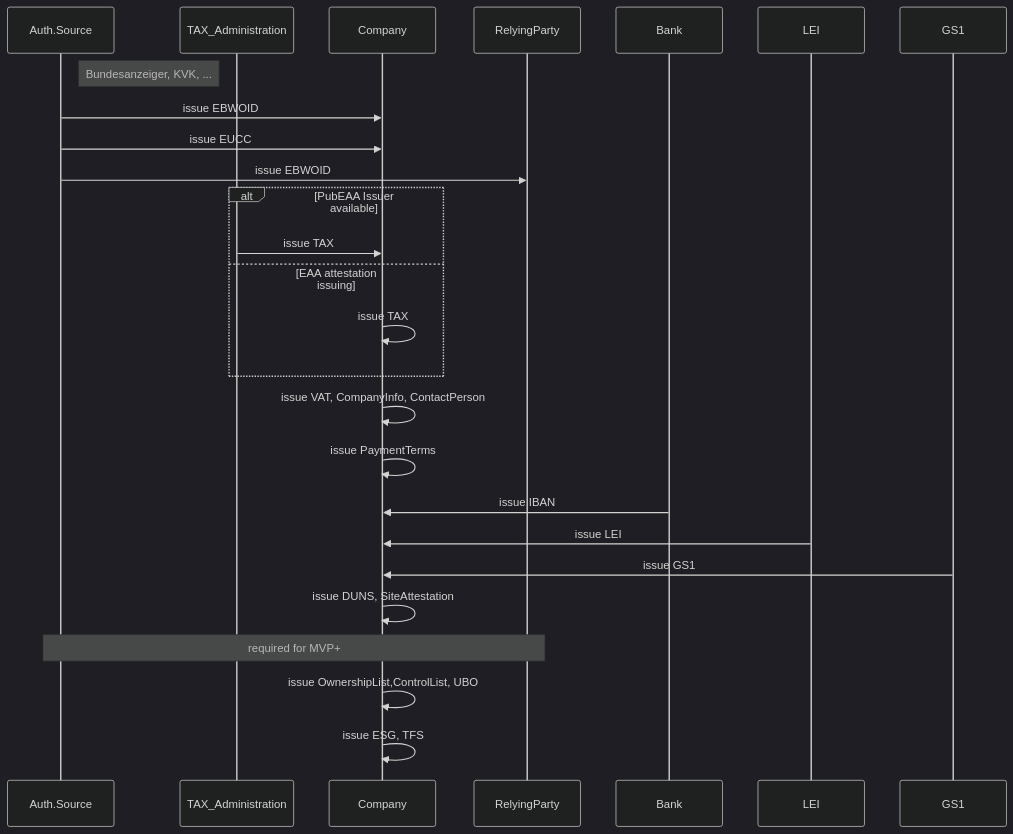
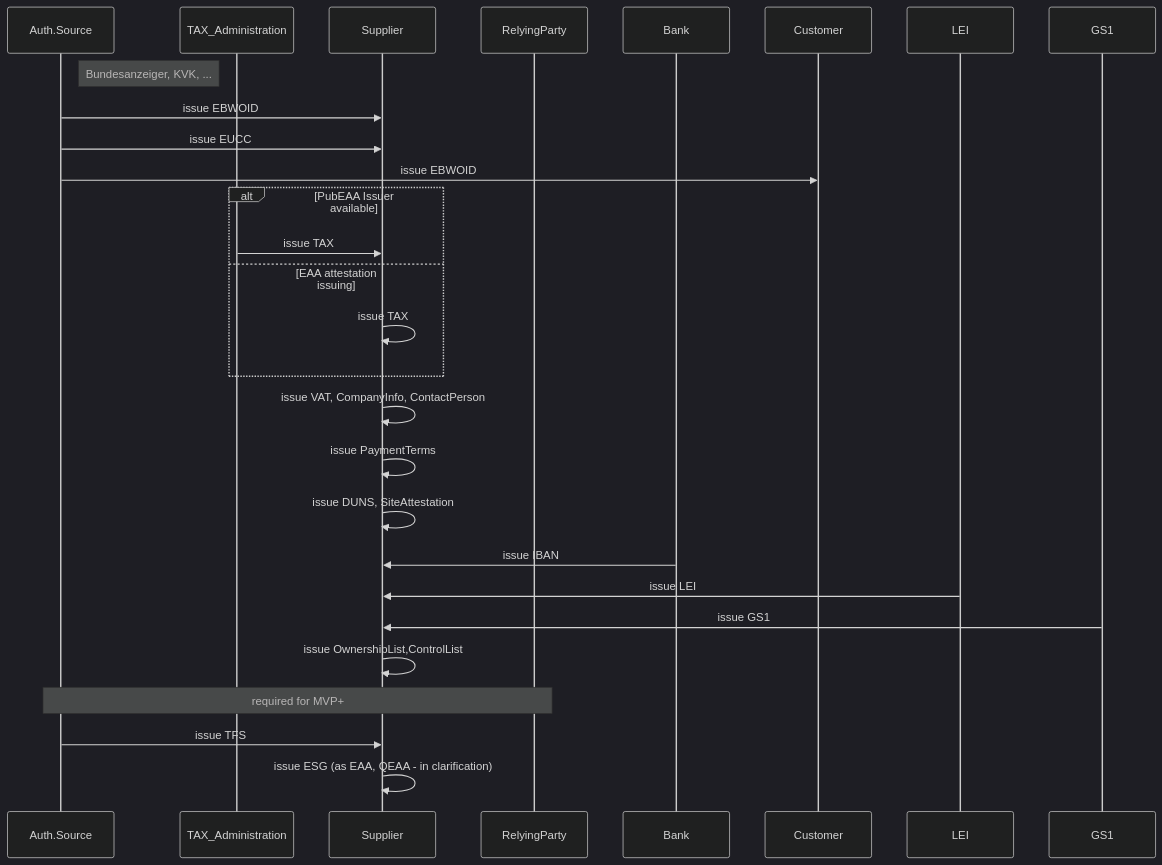
The first of 9 diagrams in BU1/BU1_KYS.md (DominicHurni/wp3-technology-standards), drawn with Mermaid (dark theme) before and after one commit. The commit also changed other lines of this file and 1 other file, not shown here.

````diff
--- a/BU1/BU1_KYS.md
+++ b/BU1/BU1_KYS.md
@@ -23,33 +20,34 @@
 ```mermaid
 sequenceDiagram
     participant Auth.Source 
     note right of Auth.Source : Bundesanzeiger, KVK, ...
     participant TAX_Administration 
-    participant Company
+    participant Supplier
     participant RelyingParty
     participant Bank
     
-    Auth.Source ->> Company : issue EBWOID  
-    Auth.Source ->> Company : issue EUCC
-    Auth.Source ->> RelyingParty : issue EBWOID
+    Auth.Source ->> Supplier : issue EBWOID  
+    Auth.Source ->> Supplier : issue EUCC
+    Auth.Source ->> Customer : issue EBWOID
     
     alt PubEAA Issuer available
-        TAX_Administration ->> Company : issue TAX
+        TAX_Administration ->> Supplier : issue TAX
     else EAA attestation issuing
-        Company ->> Company: issue TAX
+        Supplier ->> Supplier: issue TAX
     end
     
-    Company ->> Company: issue VAT, CompanyInfo,  ContactPerson
-    Company ->> Company: issue PaymentTerms  
-    Bank ->> Company: issue IBAN 
-   
+    Supplier ->> Supplier: issue VAT, CompanyInfo,  ContactPerson
+    Supplier ->> Supplier: issue PaymentTerms  
+    Supplier ->> Supplier: issue DUNS, SiteAttestation
+    Bank ->> Supplier: issue IBAN 
+       
     participant LEI      
-    LEI ->> Company: issue LEI 
+    LEI ->> Supplier: issue LEI 
     participant GS1
-    GS1 ->> Company: issue GS1 
-    Company ->> Company: issue DUNS, SiteAttestation
-
+    GS1 ->> Supplier: issue GS1 
+    Supplier ->> Supplier: issue OwnershipList,ControlList
+    
     Note over Auth.Source ,RelyingParty: required for MVP+   
-    Company ->> Company: issue OwnershipList,ControlList, UBO
-    Company ->> Company: issue ESG, TFS  
+    Auth.Source ->> Supplier: issue TFS
+    Supplier ->> Supplier: issue ESG (as EAA, QEAA - in clarification)    
 ```
````
